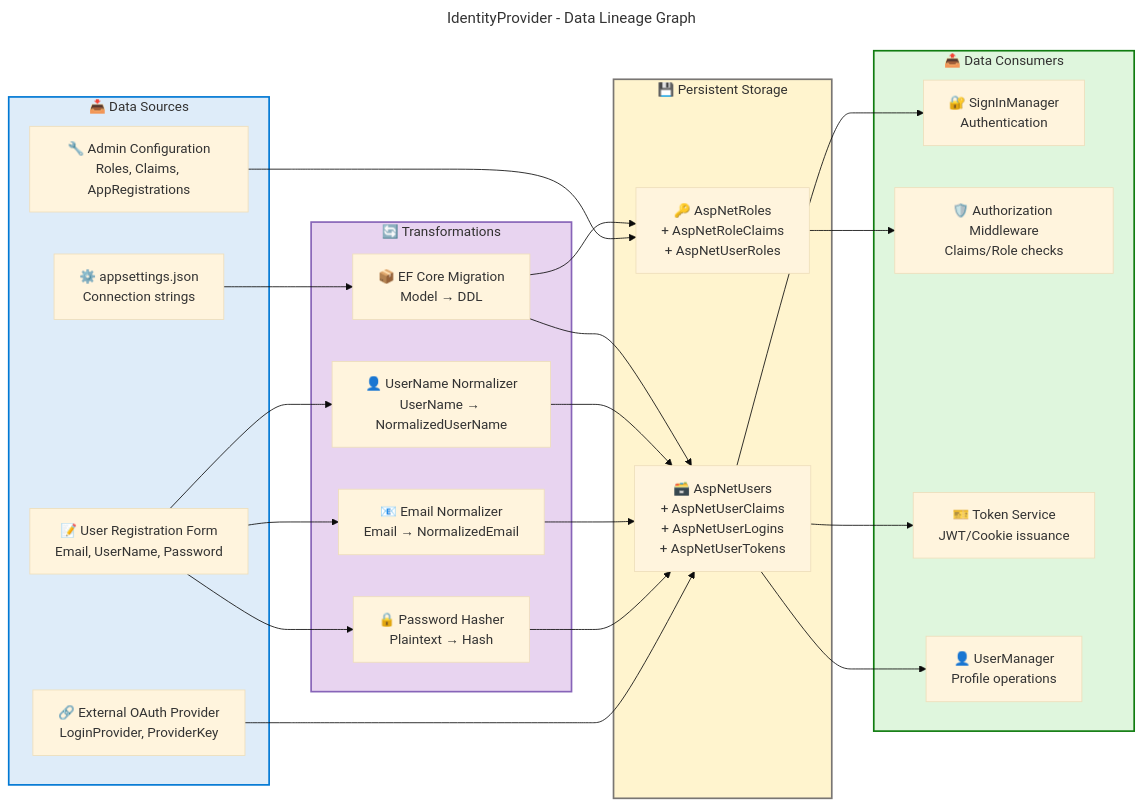
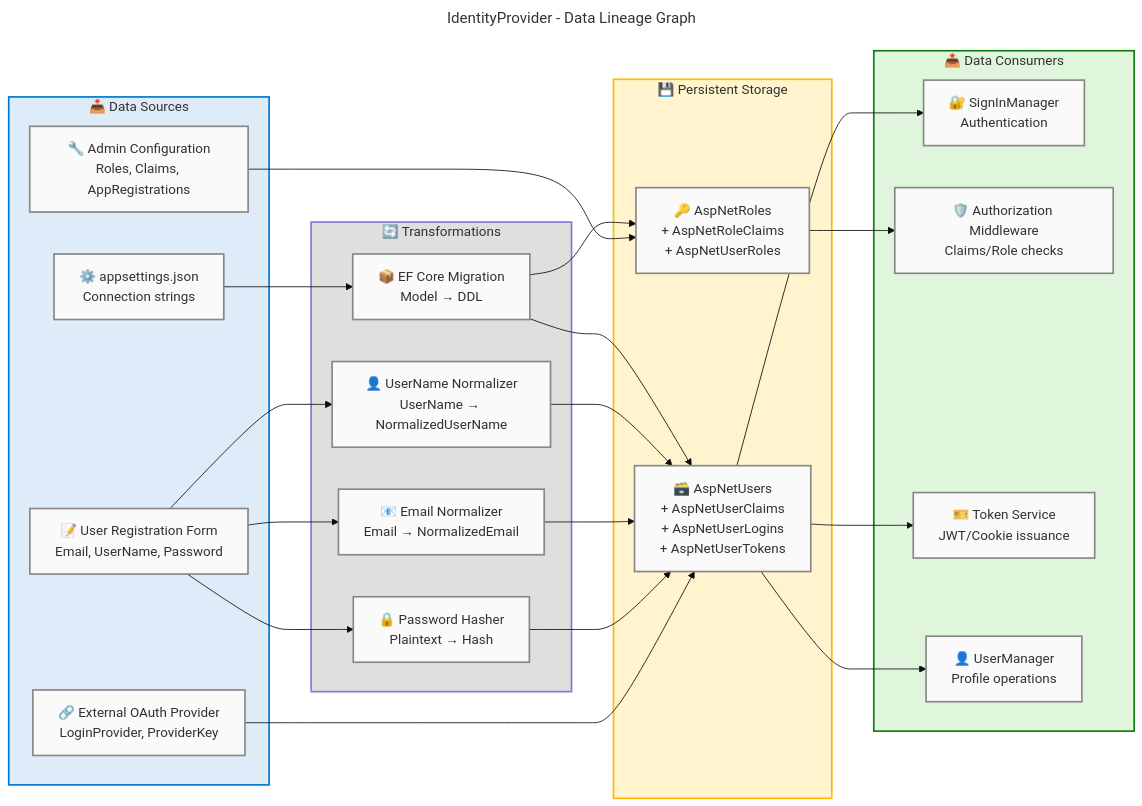
One commit to Evilazaro/IdentityProvider changed diagram 12 of 13 in docs/architecture/data-architecture.md. Above: the diagram before and after it, drawn with Mermaid. The commit also changed other lines of this file, not shown here.

Commit message:
Enhance data architecture diagrams with accessibility features and improved styling for clarity

````diff
--- a/docs/architecture/data-architecture.md
+++ b/docs/architecture/data-architecture.md
@@ -1021,63 +1129,73 @@
 ```mermaid
 ---
 title: IdentityProvider - Data Lineage Graph
 config:
   theme: base
   look: classic
   layout: dagre
   themeVariables:
     fontSize: '16px'
   flowchart:
     htmlLabels: true
 ---
 flowchart LR
     accTitle: IdentityProvider Data Lineage Graph
     accDescr: Data lineage diagram tracing the full path from source systems through transformations to persistent storage and downstream consumers for all identity data flows
 
+    %% ── AZURE / FLUENT v1.1 ──────────────────────────────────
+    %% PHASE 1 — Structural ✔  direction explicit, nesting ≤ 3
+    %% PHASE 2 — Semantic   ✔  neutral-first, max 5 classes
+    %% PHASE 3 — Font       ✔  dark text on light bg
+    %% PHASE 4 — Accessibility ✔  accTitle + accDescr present
+    %% PHASE 5 — Standards  ✔  centralized classDefs below
+    %% ─────────────────────────────────────────────────────────
+
     subgraph SOURCES["📥 Data Sources"]
-        SRC1["📝 User Registration Form\nEmail, UserName, Password"]
-        SRC2["🔗 External OAuth Provider\nLoginProvider, ProviderKey"]
-        SRC3["🔧 Admin Configuration\nRoles, Claims, AppRegistrations"]
-        SRC4["⚙️ appsettings.json\nConnection strings"]
+        SRC1["📝 User Registration Form\nEmail, UserName, Password"]:::neutral
+        SRC2["🔗 External OAuth Provider\nLoginProvider, ProviderKey"]:::neutral
+        SRC3["🔧 Admin Configuration\nRoles, Claims, AppRegistrations"]:::neutral
+        SRC4["⚙️ appsettings.json\nConnection strings"]:::neutral
     end
 
     subgraph TRANSFORMS["🔄 Transformations"]
-        T1["🔒 Password Hasher\nPlaintext → Hash"]
-        T2["📧 Email Normalizer\nEmail → NormalizedEmail"]
-        T3["👤 UserName Normalizer\nUserName → NormalizedUserName"]
-        T4["📦 EF Core Migration\nModel → DDL"]
+        T1["🔒 Password Hasher\nPlaintext → Hash"]:::neutral
+        T2["📧 Email Normalizer\nEmail → NormalizedEmail"]:::neutral
+        T3["👤 UserName Normalizer\nUserName → NormalizedUserName"]:::neutral
+        T4["📦 EF Core Migration\nModel → DDL"]:::neutral
     end
 
     subgraph STORAGE["💾 Persistent Storage"]
-        DB1["🗃️ AspNetUsers\n+ AspNetUserClaims\n+ AspNetUserLogins\n+ AspNetUserTokens"]
-        DB2["🔑 AspNetRoles\n+ AspNetRoleClaims\n+ AspNetUserRoles"]
+        DB1["🗃️ AspNetUsers\n+ AspNetUserClaims\n+ AspNetUserLogins\n+ AspNetUserTokens"]:::neutral
+        DB2["🔑 AspNetRoles\n+ AspNetRoleClaims\n+ AspNetUserRoles"]:::neutral
     end
 
     subgraph CONSUMERS["📤 Data Consumers"]
-        CON1["🔐 SignInManager\nAuthentication"]
-        CON2["🛡️ Authorization Middleware\nClaims/Role checks"]
-        CON3["🎫 Token Service\nJWT/Cookie issuance"]
-        CON4["👤 UserManager\nProfile operations"]
+        CON1["🔐 SignInManager\nAuthentication"]:::neutral
+        CON2["🛡️ Authorization Middleware\nClaims/Role checks"]:::neutral
+        CON3["🎫 Token Service\nJWT/Cookie issuance"]:::neutral
+        CON4["👤 UserManager\nProfile operations"]:::neutral
     end
 
     SRC1 --> T1
     SRC1 --> T2
     SRC1 --> T3
     SRC2 --> DB1
     SRC3 --> DB2
     SRC4 --> T4
     T1 --> DB1
     T2 --> DB1
     T3 --> DB1
     T4 --> DB1
     T4 --> DB2
     DB1 --> CON1
     DB1 --> CON4
     DB2 --> CON2
     DB1 --> CON3
 
+    classDef neutral fill:#FAFAFA,stroke:#8A8886,stroke-width:2px,color:#323130
+
     style SOURCES fill:#DEECF9,stroke:#0078D4,stroke-width:2px,color:#323130
-    style TRANSFORMS fill:#E8D4F0,stroke:#8764B8,stroke-width:2px,color:#323130
-    style STORAGE fill:#FFF4CE,stroke:#797673,stroke-width:2px,color:#323130
+    style TRANSFORMS fill:#E1DFDD,stroke:#8378DE,stroke-width:2px,color:#323130
+    style STORAGE fill:#FFF4CE,stroke:#FFB900,stroke-width:2px,color:#323130
     style CONSUMERS fill:#DFF6DD,stroke:#107C10,stroke-width:2px,color:#323130
 ```
````
